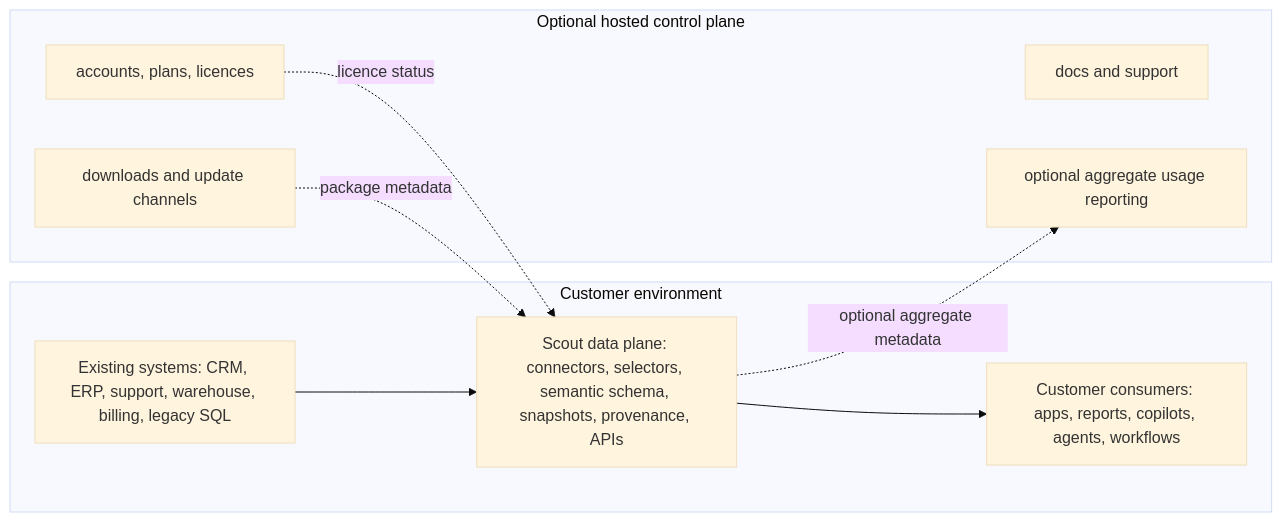
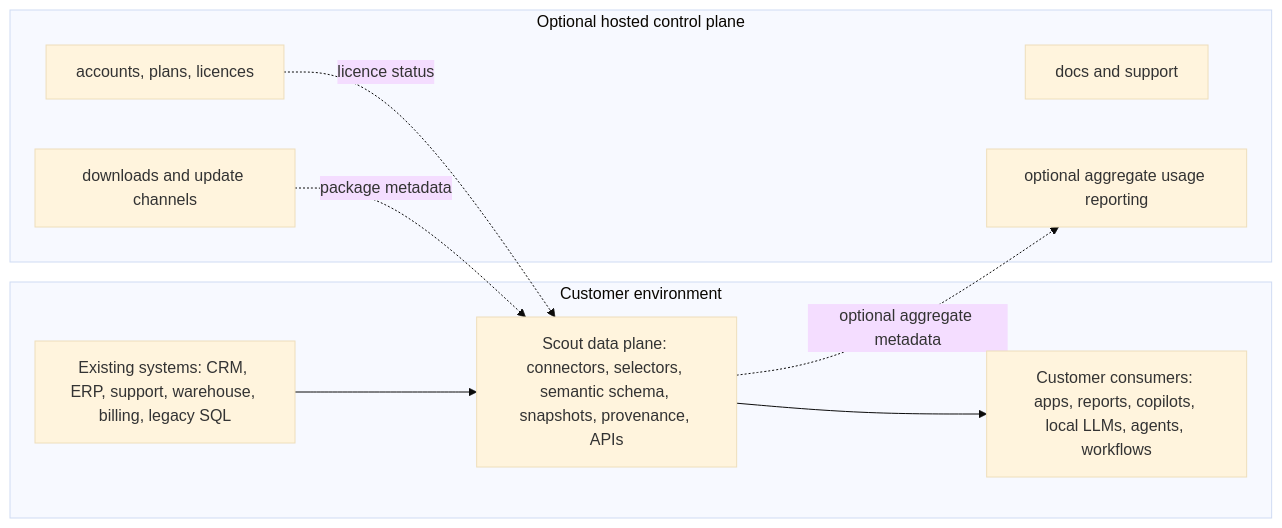
Before and after one commit to PaulJMaddison/scout: the second of 2 diagrams in README.md, drawn with Mermaid (base theme). The commit also changed other lines of this file and 30 other files, not shown here.

````diff
--- a/README.md
+++ b/README.md
@@ -124,21 +126,21 @@
 ```mermaid
 flowchart LR
     subgraph Customer["Customer environment"]
         SourcesC["Existing systems: CRM, ERP, support, warehouse, billing, legacy SQL"]
         DataPlane["Scout data plane: connectors, selectors, semantic schema, snapshots, provenance, APIs"]
-        CConsumers["Customer consumers: apps, reports, copilots, agents, workflows"]
+        CConsumers["Customer consumers: apps, reports, copilots, local LLMs, agents, workflows"]
         SourcesC --> DataPlane
         DataPlane --> CConsumers
     end
 
     subgraph Hosted["Optional hosted control plane"]
         Accounts["accounts, plans, licences"]
         Downloads["downloads and update channels"]
         SupportH["docs and support"]
         Usage["optional aggregate usage reporting"]
     end
 
     Accounts -. licence status .-> DataPlane
     Downloads -. package metadata .-> DataPlane
     DataPlane -. optional aggregate metadata .-> Usage
 ```
````
